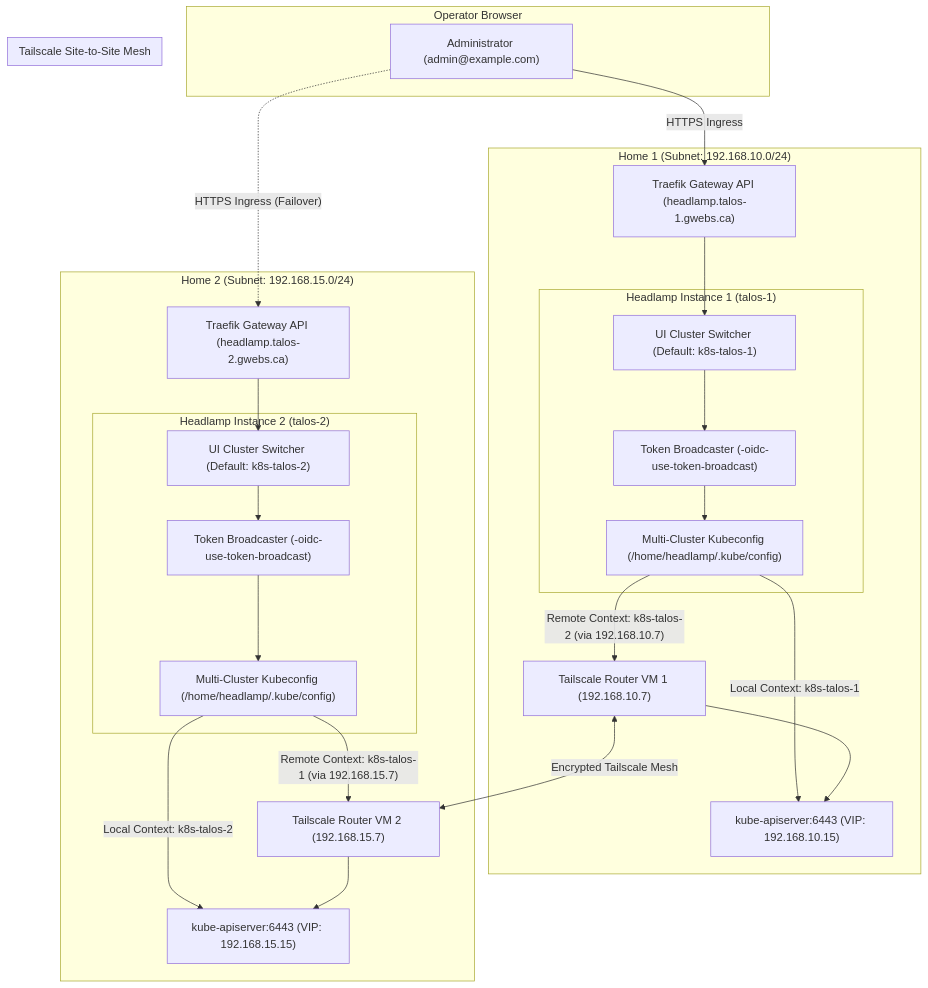
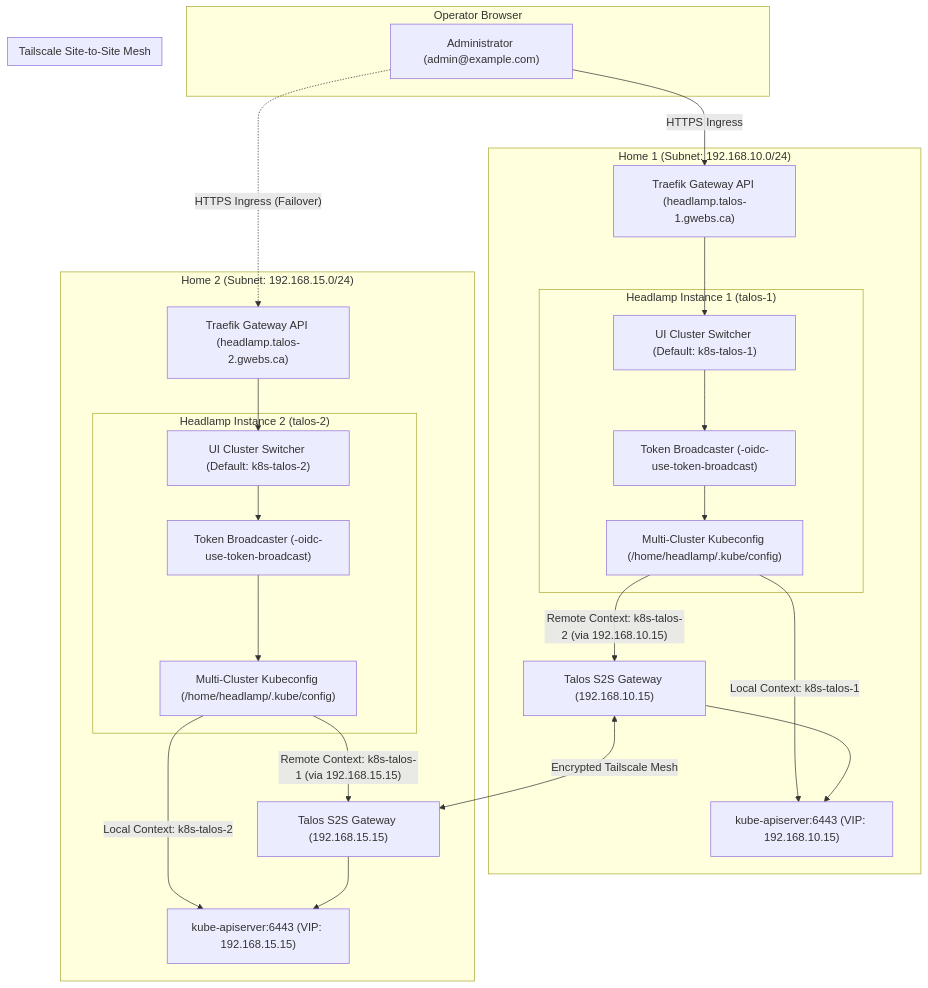
One commit to GabrielJean/HomeLab changed the first of 2 diagrams in K8s/infrastructure/configs/headlamp/README.md. Above: the diagram before and after it, drawn with Mermaid. The commit also changed other lines of this file and 14 other files, not shown here.

Commit message:
feat(tailscale): deploy standalone hostNetwork site-to-site gateway on Talos nodes

````diff
--- a/K8s/infrastructure/configs/headlamp/README.md
+++ b/K8s/infrastructure/configs/headlamp/README.md
@@ -84,55 +84,55 @@
 ```mermaid
 flowchart TD
     subgraph Operator["Operator Browser"]
         User["Administrator (admin@example.com)"]
     end
 
     subgraph Site1["Home 1 (Subnet: 192.168.10.0/24)"]
         Ingress1["Traefik Gateway API (headlamp.talos-1.gwebs.ca)"]
         subgraph Headlamp1["Headlamp Instance 1 (talos-1)"]
             H1_UI["UI Cluster Switcher (Default: k8s-talos-1)"]
             H1_TB["Token Broadcaster (-oidc-use-token-broadcast)"]
             H1_KC["Multi-Cluster Kubeconfig (/home/headlamp/.kube/config)"]
         end
         API1["kube-apiserver:6443 (VIP: 192.168.10.15)"]
-        TS1["Tailscale Router VM 1 (192.168.10.7)"]
+        TS1["Talos S2S Gateway (192.168.10.15)"]
     end
 
     subgraph Site2["Home 2 (Subnet: 192.168.15.0/24)"]
         Ingress2["Traefik Gateway API (headlamp.talos-2.gwebs.ca)"]
         subgraph Headlamp2["Headlamp Instance 2 (talos-2)"]
             H2_UI["UI Cluster Switcher (Default: k8s-talos-2)"]
             H2_TB["Token Broadcaster (-oidc-use-token-broadcast)"]
             H2_KC["Multi-Cluster Kubeconfig (/home/headlamp/.kube/config)"]
         end
         API2["kube-apiserver:6443 (VIP: 192.168.15.15)"]
-        TS2["Tailscale Router VM 2 (192.168.15.7)"]
+        TS2["Talos S2S Gateway (192.168.15.15)"]
     end
 
     subgraph S2S["Tailscale Site-to-Site Mesh"]
         TS1 <-->|"Encrypted Tailscale Mesh"| TS2
     end
 
     User -->|"HTTPS Ingress"| Ingress1
     User -.->|"HTTPS Ingress (Failover)"| Ingress2
 
     Ingress1 --> H1_UI
     Ingress2 --> H2_UI
 
     H1_UI --> H1_TB
     H1_TB --> H1_KC
 
     H2_UI --> H2_TB
     H2_TB --> H2_KC
 
     %% Local Connections
     H1_KC -->|"Local Context: k8s-talos-1"| API1
     H2_KC -->|"Local Context: k8s-talos-2"| API2
 
     %% Remote Cross-Cluster Connections over Tailscale Subnet Routers
-    H1_KC -->|"Remote Context: k8s-talos-2 (via 192.168.10.7)"| TS1
+    H1_KC -->|"Remote Context: k8s-talos-2 (via 192.168.10.15)"| TS1
     TS2 --> API2
 
-    H2_KC -->|"Remote Context: k8s-talos-1 (via 192.168.15.7)"| TS2
+    H2_KC -->|"Remote Context: k8s-talos-1 (via 192.168.15.15)"| TS2
     TS1 --> API1
 ```
````
